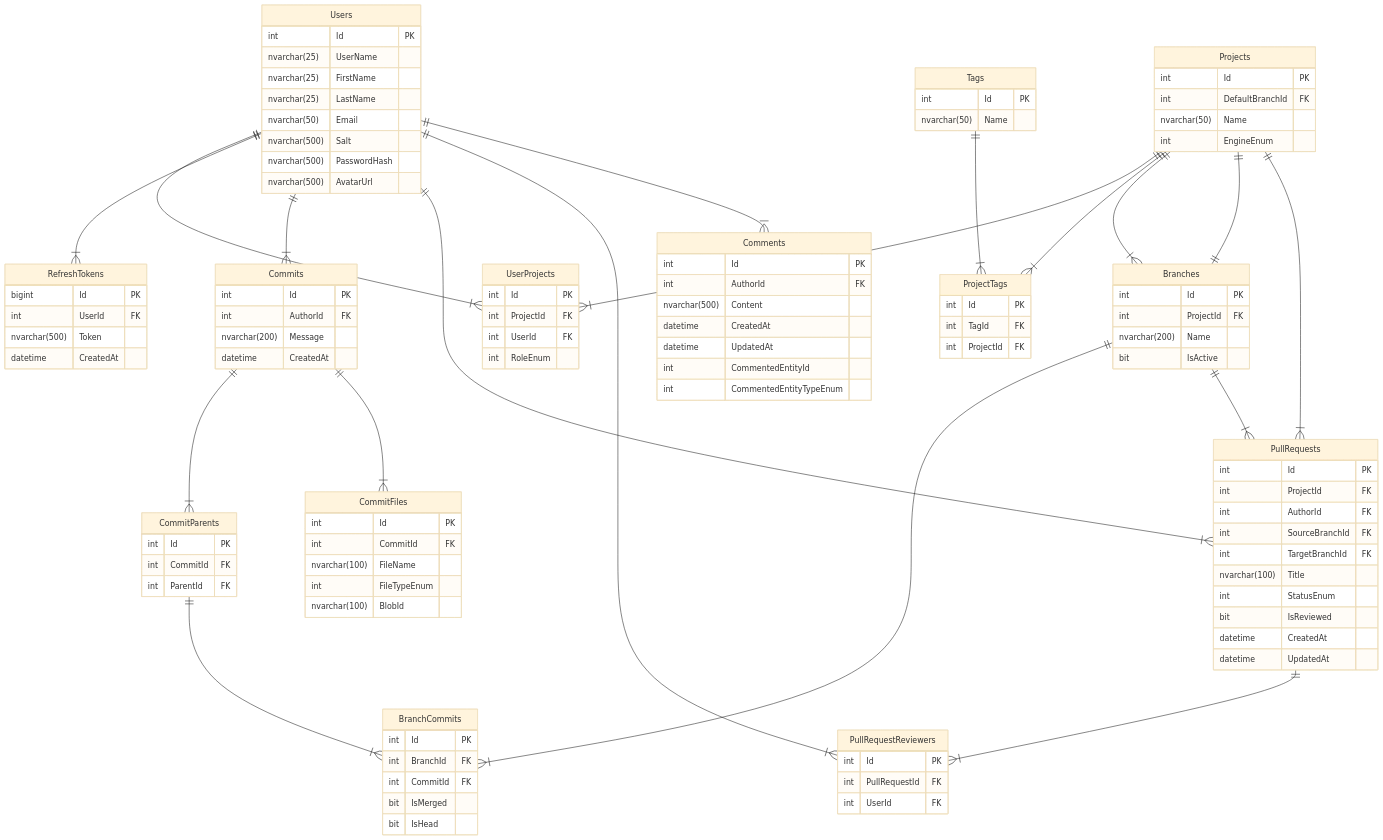
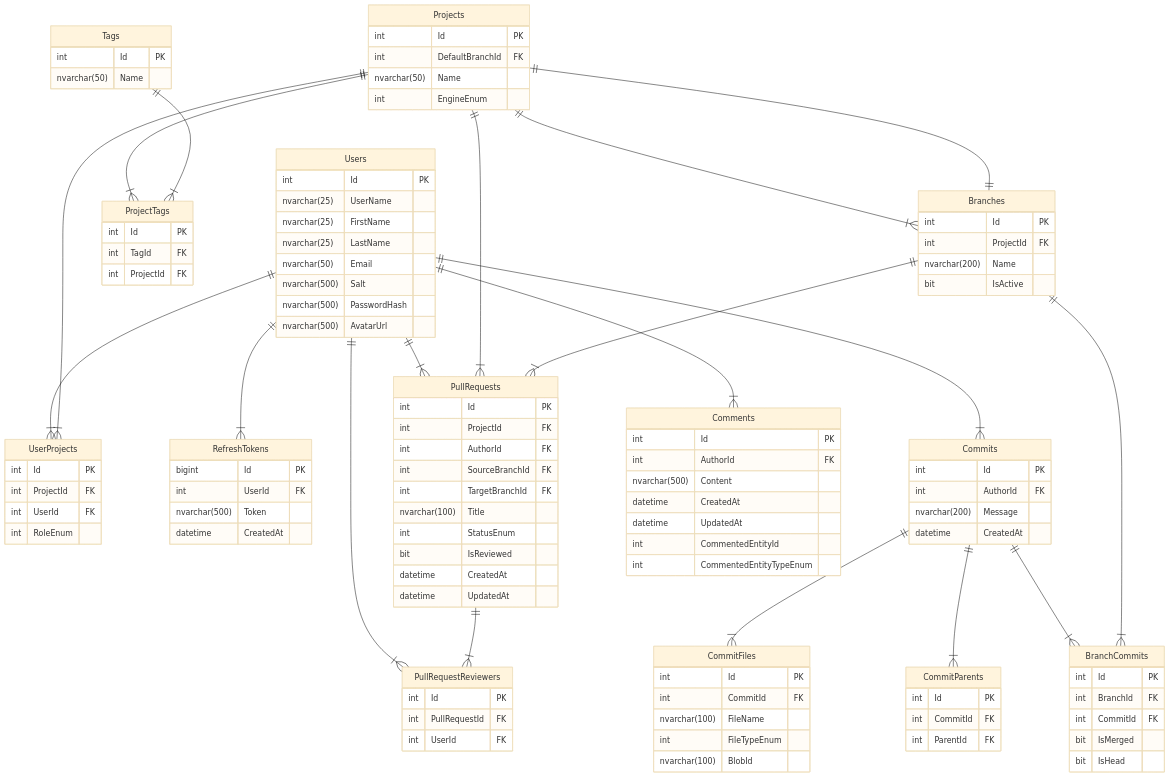
Before and after one commit to BinaryStudioAcademy/bsa-2023-squirrel: the diagram in README.md, drawn with Mermaid (base theme).

Commit message:
Fix db schema tables relationships
During review @OlegKarapysh PR (#40 about db schema) @MaxShelestiuk and I realized that we did meckhanical mistake in tables relationships (column name is correct, but wrong arrow target table).

```diff
--- a/README.md
+++ b/README.md
@@ -202,14 +202,13 @@
 
 Commits ||--|{ CommitParents : ""
 Commits ||--|{ CommitFiles : ""
+Commits ||--|{ BranchCommits : ""
 
 Projects ||--|{ UserProjects : ""
 Projects ||--|{ ProjectTags : ""
 Projects ||--|{ Branches : ""
 Projects ||--|| Branches : ""
 Projects ||--|{ PullRequests : ""
-
-CommitParents ||--|{ BranchCommits : ""
 
 Branches ||--|{ BranchCommits : ""
 Branches ||--|{ PullRequests : ""
```
